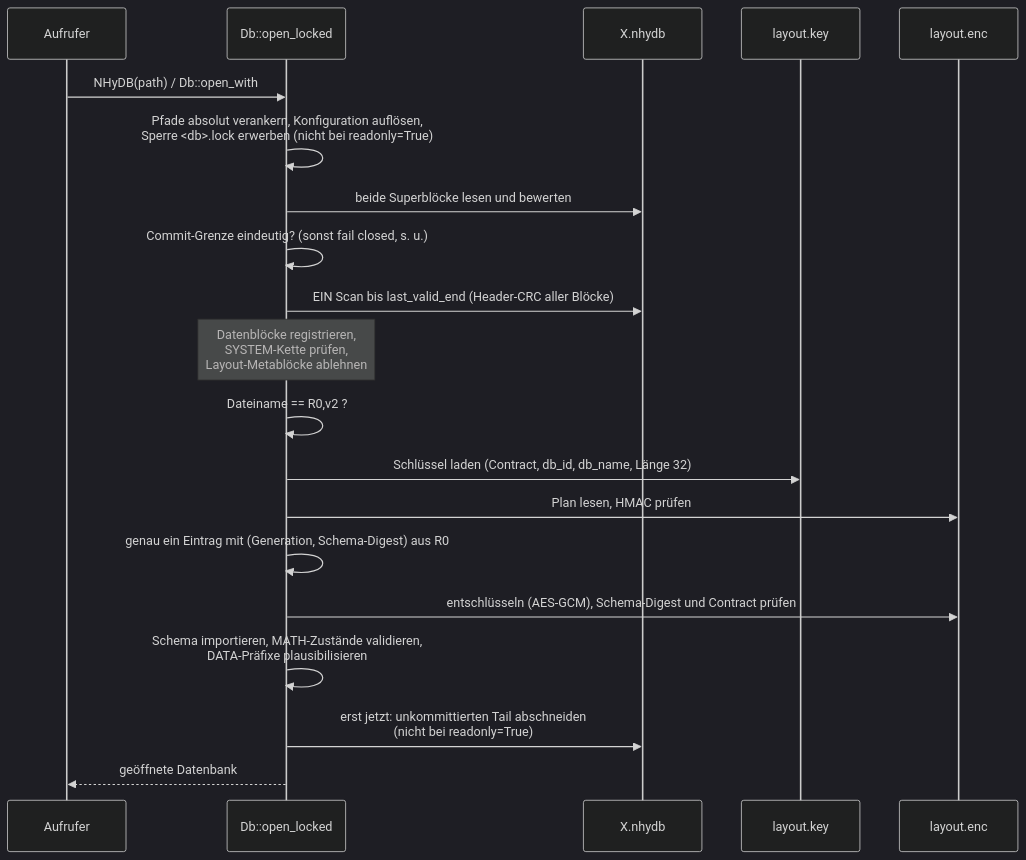
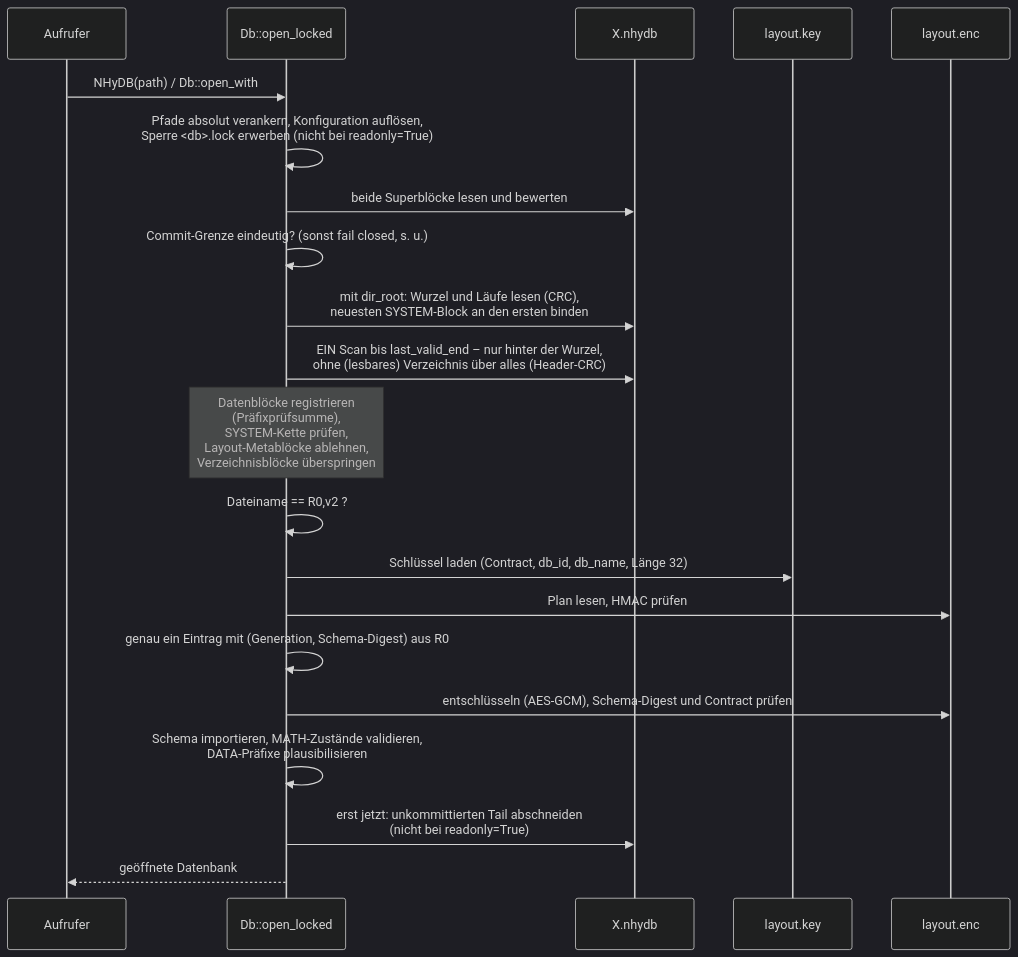
The third of 7 diagrams in docs/de/NHyDB_Technische_Dokumentation.md (nhydb-run4/NHyDB), drawn with Mermaid (dark theme) before and after one commit. The commit also changed other lines of this file and 177 other files, not shown here.

````diff
--- a/docs/de/NHyDB_Technische_Dokumentation.md
+++ b/docs/de/NHyDB_Technische_Dokumentation.md
@@ -1132,22 +1371,23 @@
 ```mermaid
 sequenceDiagram
     participant A as Aufrufer
     participant D as Db::open_locked
     participant F as X.nhydb
     participant K as layout.key
     participant P as layout.enc
     A->>D: NHyDB(path) / Db::open_with
     D->>D: Pfade absolut verankern, Konfiguration auflösen,<br/>Sperre <db>.lock erwerben (nicht bei readonly=True)
     D->>F: beide Superblöcke lesen und bewerten
     D->>D: Commit-Grenze eindeutig? (sonst fail closed, s. u.)
-    D->>F: EIN Scan bis last_valid_end (Header-CRC aller Blöcke)
-    Note over D: Datenblöcke registrieren,<br/>SYSTEM-Kette prüfen,<br/>Layout-Metablöcke ablehnen
+    D->>F: mit dir_root: Wurzel und Läufe lesen (CRC),<br/>neuesten SYSTEM-Block an den ersten binden
+    D->>F: EIN Scan bis last_valid_end – nur hinter der Wurzel,<br/>ohne (lesbares) Verzeichnis über alles (Header-CRC)
+    Note over D: Datenblöcke registrieren<br/>(Präfixprüfsumme),<br/>SYSTEM-Kette prüfen,<br/>Layout-Metablöcke ablehnen,<br/>Verzeichnisblöcke überspringen
     D->>D: Dateiname == R0,v2 ?
     D->>K: Schlüssel laden (Contract, db_id, db_name, Länge 32)
     D->>P: Plan lesen, HMAC prüfen
     D->>D: genau ein Eintrag mit (Generation, Schema-Digest) aus R0
     D->>P: entschlüsseln (AES-GCM), Schema-Digest und Contract prüfen
     D->>D: Schema importieren, MATH-Zustände validieren,<br/>DATA-Präfixe plausibilisieren
     D->>F: erst jetzt: unkommittierten Tail abschneiden<br/>(nicht bei readonly=True)
     D-->>A: geöffnete Datenbank
 ```
````
